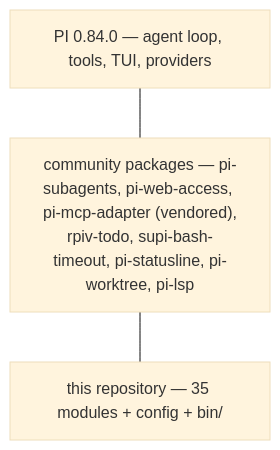
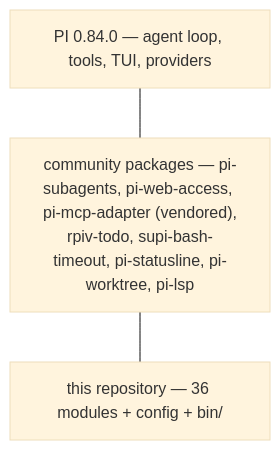
Before and after one commit to DresvyanskiyDenis/PiON: the second of 3 diagrams in docs/concepts/architecture.md, drawn with Mermaid (base theme). The commit also changed other lines of this file and 27 other files, not shown here.

````diff
--- a/docs/concepts/architecture.md
+++ b/docs/concepts/architecture.md
@@ -89,7 +89,7 @@
 ```mermaid
 flowchart TB
     PI["PI 0.84.0 — agent loop, tools, TUI, providers"]
     PKG["community packages — pi-subagents, pi-web-access, pi-mcp-adapter (vendored),<br/>rpiv-todo, supi-bash-timeout, pi-statusline, pi-worktree, pi-lsp"]
-    OURS["this repository — 35 modules + config + bin/"]
+    OURS["this repository — 36 modules + config + bin/"]
     PI --- PKG --- OURS
 ```
````
